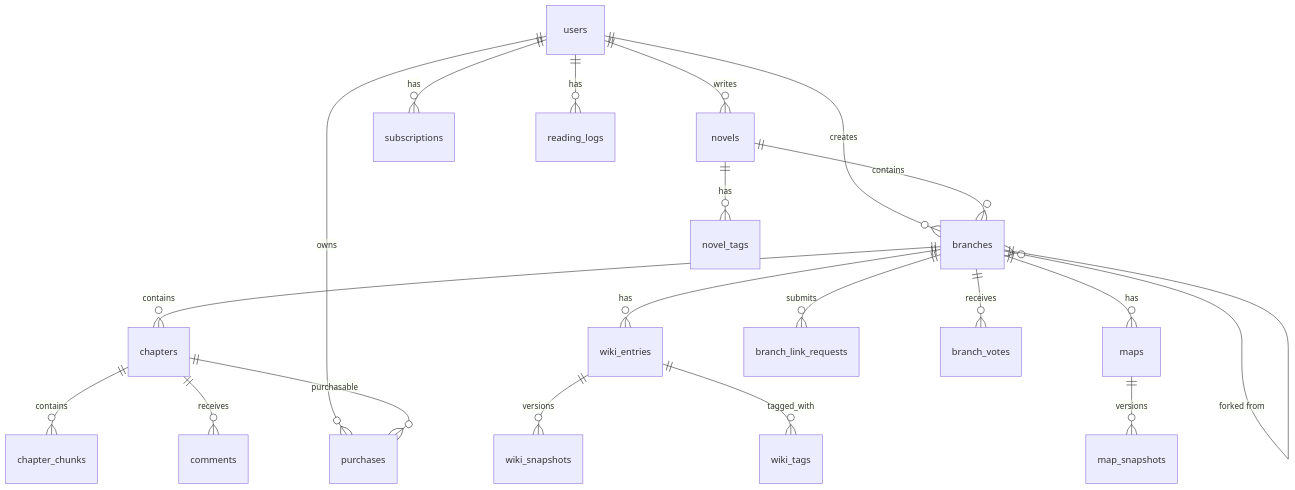
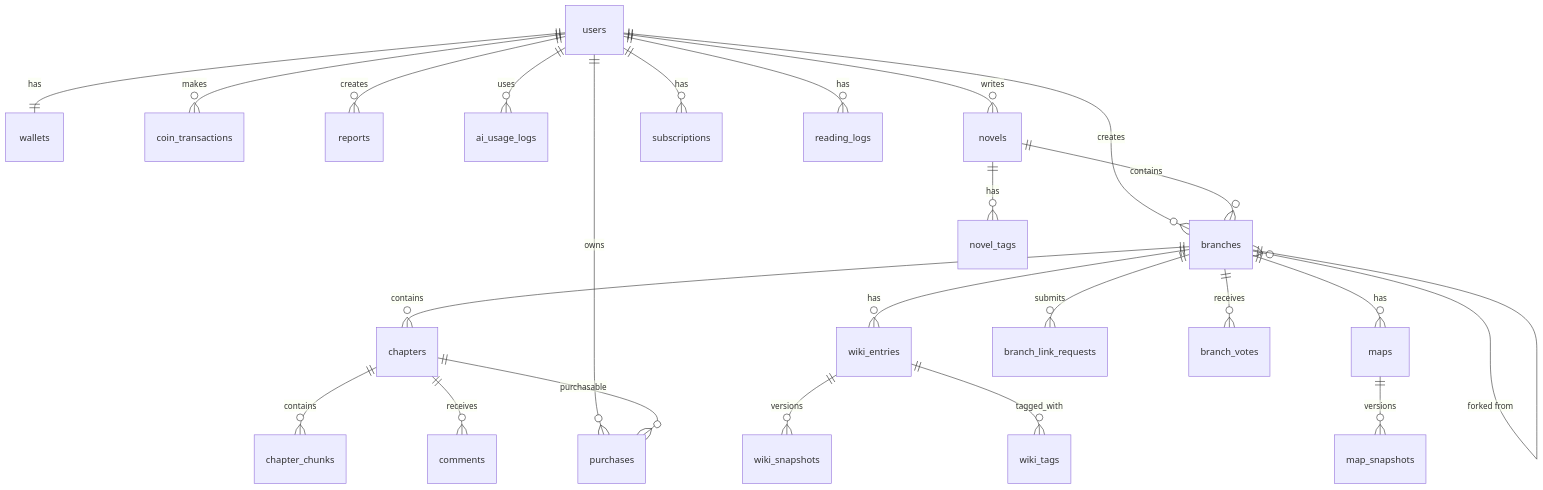
Before and after one commit to hueyjeong/ForkLore: the diagram in docs/database-schema.md, drawn with Mermaid. The commit also changed other lines of this file and 6 other files, not shown here.

````diff
--- a/docs/database-schema.md
+++ b/docs/database-schema.md
@@ -48,27 +49,32 @@
 ```mermaid
 erDiagram
+    users ||--|| wallets : has
+    users ||--o{ coin_transactions : makes
+    users ||--o{ reports : creates
+    users ||--o{ ai_usage_logs : uses
+
     users ||--o{ novels : writes
     users ||--o{ branches : creates
     users ||--o{ subscriptions : has
     users ||--o{ purchases : owns
     users ||--o{ reading_logs : has
-    
+
     novels ||--o{ branches : contains
     novels ||--o{ novel_tags : has
-    
+
     branches ||--o{ chapters : contains
     branches ||--o{ wiki_entries : has
     branches ||--o{ maps : has
     branches ||--o{ branch_link_requests : submits
     branches ||--o{ branch_votes : receives
     branches }o--|| branches : "forked from"
-    
+
     chapters ||--o{ chapter_chunks : contains
     chapters ||--o{ comments : receives
     chapters ||--o{ purchases : purchasable
-    
+
     wiki_entries ||--o{ wiki_snapshots : versions
     wiki_entries ||--o{ wiki_tags : tagged_with
-    
+
     maps ||--o{ map_snapshots : versions
 ```
````
